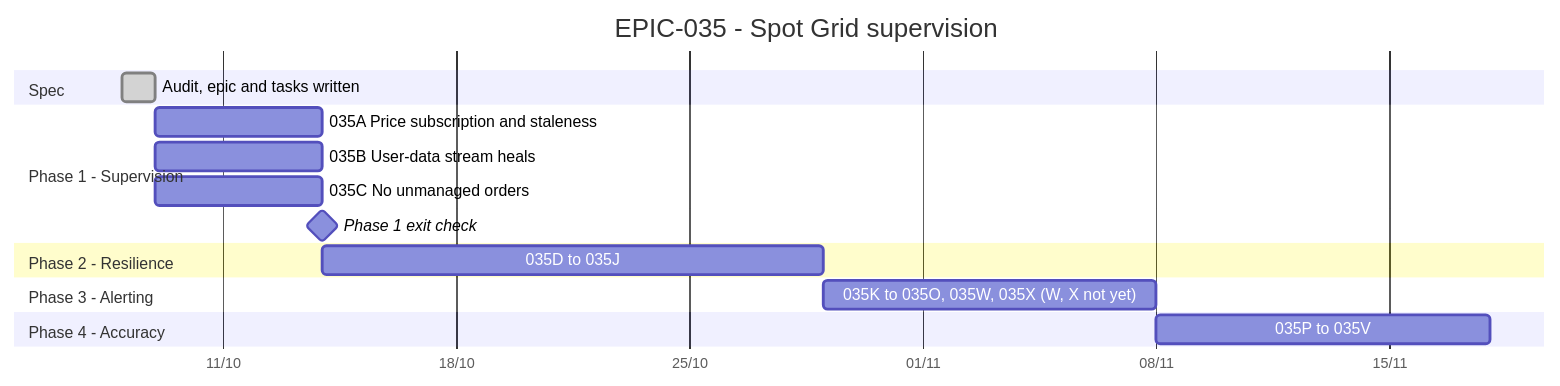
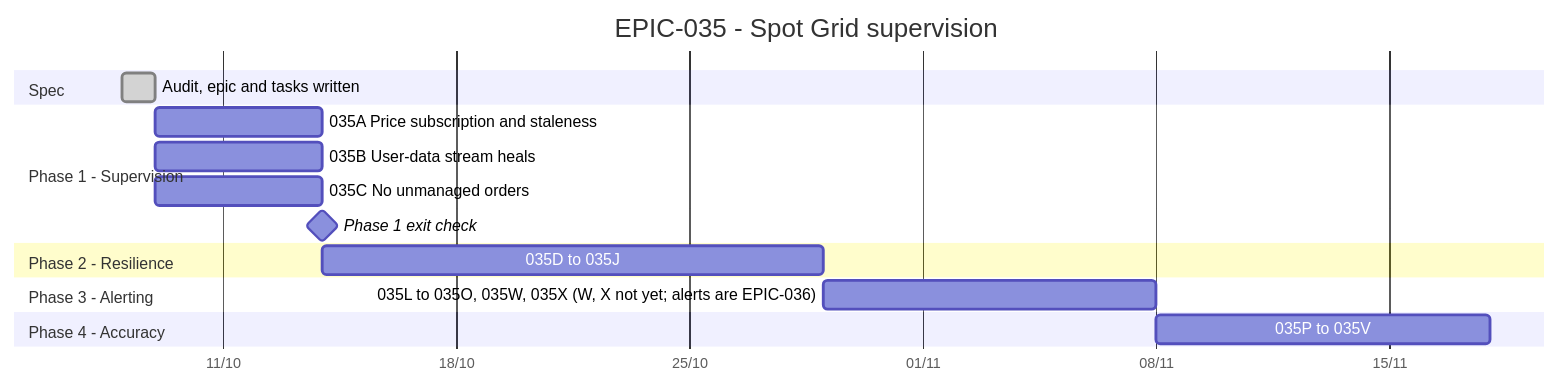
One commit to anhembedded/Sagittarius_Elite_Warrior changed the diagram in Tasks/epics/EPIC-035_spot_grid_unattended_safety/TRACKING.md. Above: the diagram before and after it, drawn with Mermaid. The commit also changed other lines of this file and 17 other files, not shown here.

````diff
--- a/Tasks/epics/EPIC-035_spot_grid_unattended_safety/TRACKING.md
+++ b/Tasks/epics/EPIC-035_spot_grid_unattended_safety/TRACKING.md
@@ -12,25 +12,25 @@
 ```mermaid
 gantt
     title EPIC-035 - Spot Grid supervision
     dateFormat  YYYY-MM-DD
     axisFormat  %d/%m
     todayMarker stroke-width:2px,stroke:#d33,opacity:0.6
 
     section Spec
     Audit, epic and tasks written        :done, s1, 2026-10-08, 1d
 
     section Phase 1 - Supervision
     035A Price subscription and staleness :p1a, after s1, 5d
     035B User-data stream heals           :p1b, after s1, 5d
     035C No unmanaged orders              :p1c, after s1, 5d
     Phase 1 exit check                    :milestone, m1, after p1c, 0d
 
     section Phase 2 - Resilience
     035D to 035J                          :p2, after m1, 15d
 
     section Phase 3 - Alerting
-    035K to 035O, 035W, 035X (W, X not yet) :p3, after p2, 10d
+    035L to 035O, 035W, 035X (W, X not yet; alerts are EPIC-036) :p3, after p2, 10d
 
     section Phase 4 - Accuracy
     035P to 035V                          :p4, after p3, 10d
 ```
````
